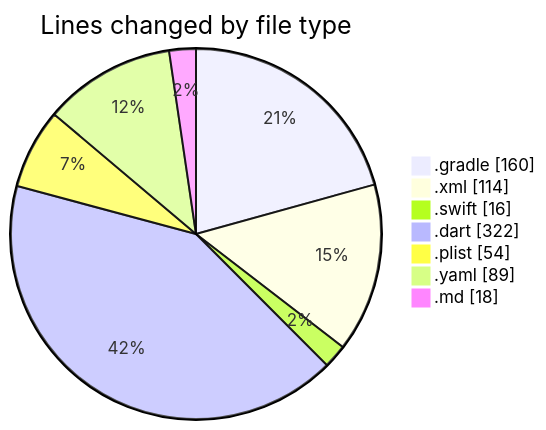
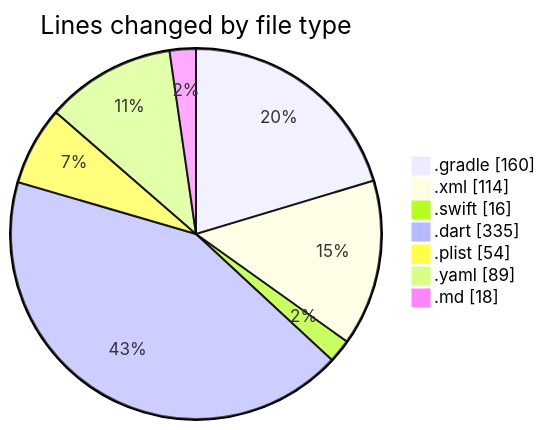
Before and after one commit to donsfak/code-tracking: the first of 2 diagrams in 2025-01-01/uber_clone/README.md, drawn with Mermaid. The commit also changed other lines of this file and 1 other file, not shown here.

````diff
--- a/2025-01-01/uber_clone/README.md
+++ b/2025-01-01/uber_clone/README.md
@@ -30,11 +30,11 @@
 ```mermaid
 pie showData
 title Lines changed by file type
 ".gradle" : 160
 ".xml" : 114
 ".swift" : 16
-".dart" : 322
+".dart" : 335
 ".plist" : 54
 ".yaml" : 89
 ".md" : 18
 ```
````
